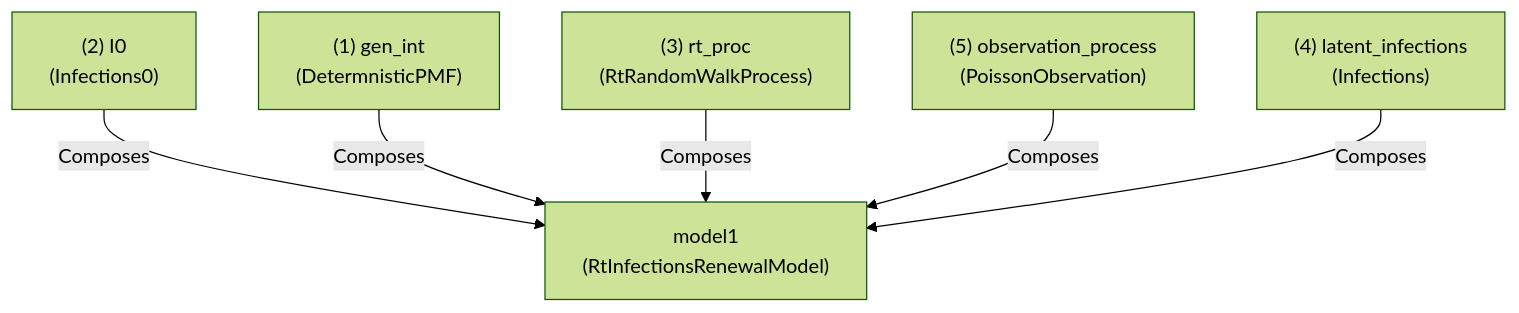
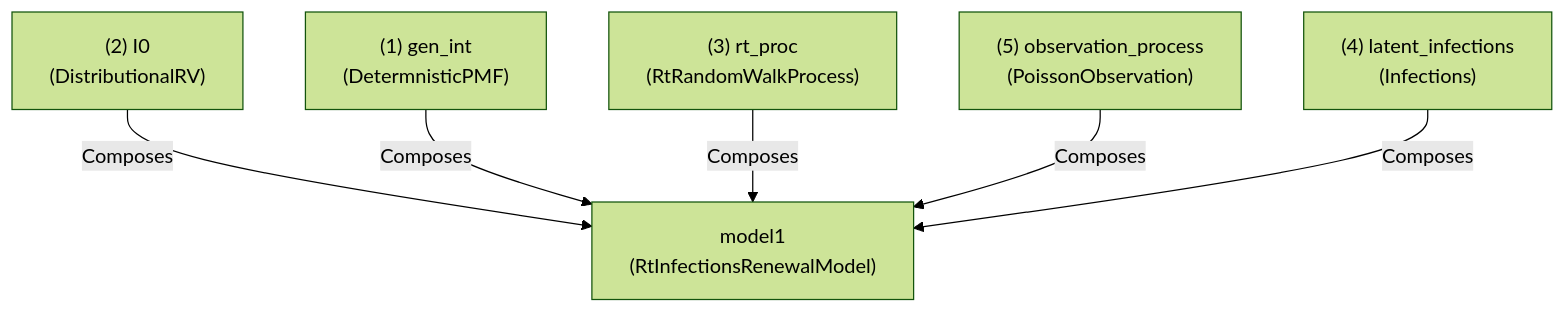
The first of 2 diagrams in model/docs/getting-started.qmd (CDCgov/PyRenew), drawn with Mermaid (forest theme) before and after one commit. The commit also changed other lines of this file and 7 other files, not shown here.

````diff
--- a/model/docs/getting-started.qmd
+++ b/model/docs/getting-started.qmd
@@ -123,18 +117,18 @@
 ```mermaid
 %%| label: overview-of-RtInfectionsRenewalModel
 %%| include: true
 flowchart TB
     genint["(1) gen_int\n(DetermnisticPMF)"]
-    i0["(2) I0\n(Infections0)"]
+    i0["(2) I0\n(DistributionalRV)"]
     rt["(3) rt_proc\n(RtRandomWalkProcess)"]
     inf["(4) latent_infections\n(Infections)"]
     obs["(5) observation_process\n(PoissonObservation)"]
 
     model1["model1\n(RtInfectionsRenewalModel)"]
 
     i0-->|Composes|model1
     genint-->|Composes|model1
     rt-->|Composes|model1
     obs-->|Composes|model1
     inf-->|Composes|model1
 ```
````
